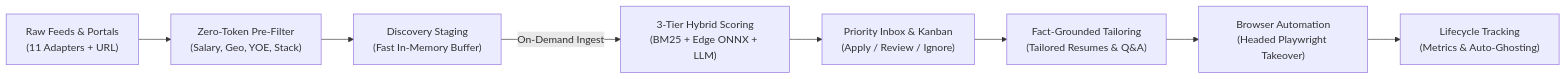
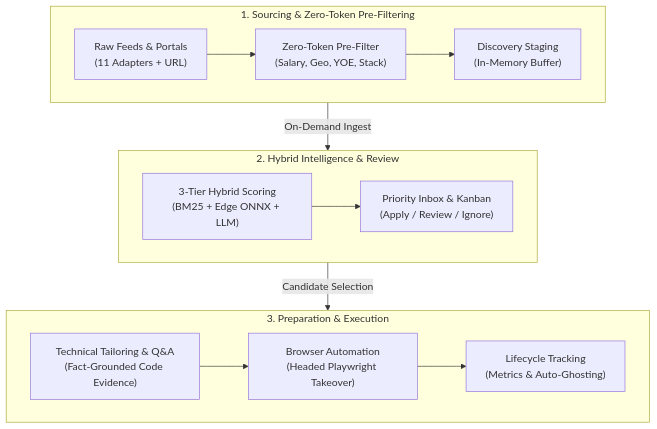
One commit to Achyuth072/Vanguard changed the diagram in README.md. Above: the diagram before and after it, drawn with Mermaid. The commit also changed other lines of this file and 3 other files, not shown here.

Commit message:
docs: add icon, restructure flowchart, drop OpenCode, and update Ollama models

````diff
--- a/README.md
+++ b/README.md
@@ -9,10 +9,20 @@
 ```mermaid
-flowchart LR
-    A["Raw Feeds & Portals<br/>(11 Adapters + URL)"] --> B["Zero-Token Pre-Filter<br/>(Salary, Geo, YOE, Stack)"]
-    B --> C["Discovery Staging<br/>(Fast In-Memory Buffer)"]
-    C -->|On-Demand Ingest| D["3-Tier Hybrid Scoring<br/>(BM25 + Edge ONNX + LLM)"]
-    D --> E["Priority Inbox & Kanban<br/>(Apply / Review / Ignore)"]
-    E --> F["Fact-Grounded Tailoring<br/>(Tailored Resumes & Q&A)"]
-    F --> G["Browser Automation<br/>(Headed Playwright Takeover)"]
-    G --> H["Lifecycle Tracking<br/>(Metrics & Auto-Ghosting)"]
+flowchart TD
+    subgraph Discovery["1. Sourcing & Zero-Token Pre-Filtering"]
+        direction LR
+        A["Raw Feeds & Portals<br/>(11 Adapters + URL)"] --> B["Zero-Token Pre-Filter<br/>(Salary, Geo, YOE, Stack)"] --> C["Discovery Staging<br/>(In-Memory Buffer)"]
+    end
+
+    subgraph Evaluation["2. Hybrid Intelligence & Review"]
+        direction LR
+        D["3-Tier Hybrid Scoring<br/>(BM25 + Edge ONNX + LLM)"] --> E["Priority Inbox & Kanban<br/>(Apply / Review / Ignore)"]
+    end
+
+    subgraph Execution["3. Preparation & Execution"]
+        direction LR
+        F["Technical Tailoring & Q&A<br/>(Fact-Grounded Code Evidence)"] --> G["Browser Automation<br/>(Headed Playwright Takeover)"] --> H["Lifecycle Tracking<br/>(Metrics & Auto-Ghosting)"]
+    end
+
+    Discovery -->|On-Demand Ingest| Evaluation
+    Evaluation -->|Candidate Selection| Execution
 ```
````
